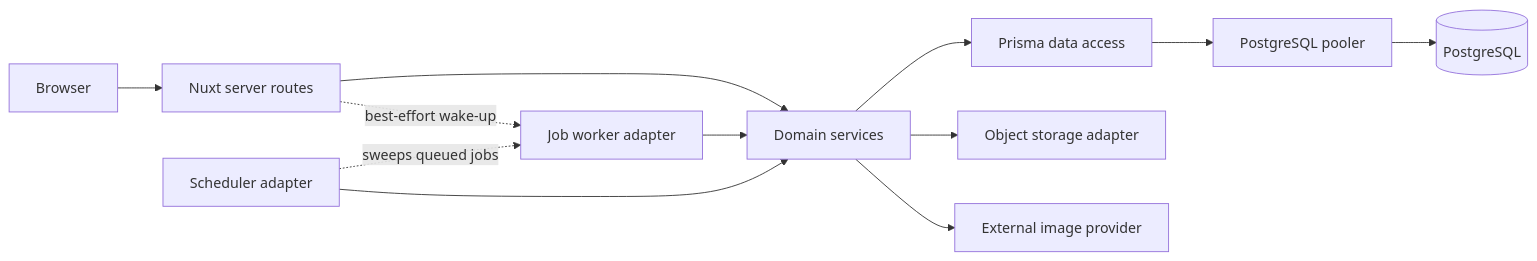
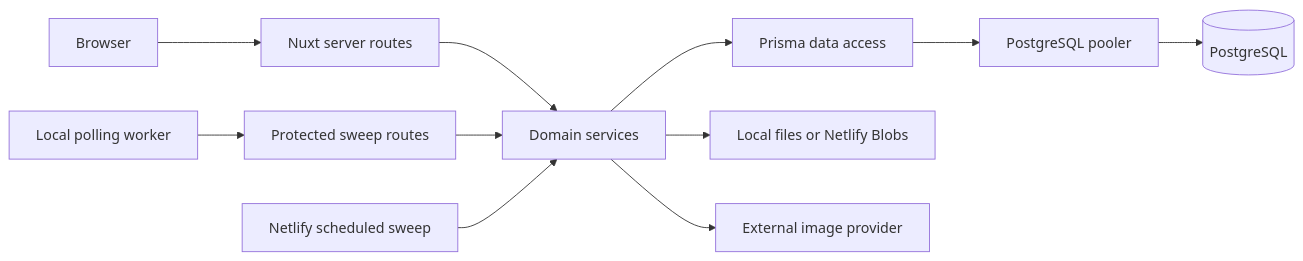
One commit to JosteinSandKjellsen/bouvet-team-photobooth changed the diagram in docs/prisma-data-and-jobs-playbook.md. Above: the diagram before and after it, drawn with Mermaid. The commit also changed other lines of this file and 20 other files, not shown here.

First line of the commit message:
feat: update prisma data and jobs playbook for local generation worker and database schema changes

````diff
--- a/docs/prisma-data-and-jobs-playbook.md
+++ b/docs/prisma-data-and-jobs-playbook.md
@@ -42,14 +50,13 @@
 ```mermaid
 flowchart LR
     Browser --> Nuxt[Nuxt server routes]
     Nuxt --> Services[Domain services]
-    Worker[Job worker adapter] --> Services
-    Scheduler[Scheduler adapter] --> Services
+    LocalWorker[Local polling worker] --> InternalRoutes[Protected sweep routes]
+    InternalRoutes --> Services
+    Scheduler[Netlify scheduled sweep] --> Services
     Services --> Prisma[Prisma data access]
     Prisma --> Pooler[PostgreSQL pooler]
     Pooler --> Postgres[(PostgreSQL)]
-    Services --> Objects[Object storage adapter]
+    Services --> Objects[Local files or Netlify Blobs]
     Services --> Provider[External image provider]
-    Nuxt -. best-effort wake-up .-> Worker
-    Scheduler -. sweeps queued jobs .-> Worker
 ```
````
